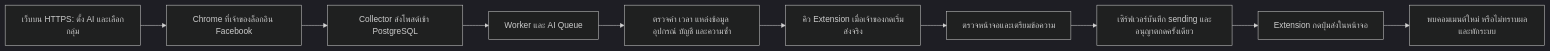
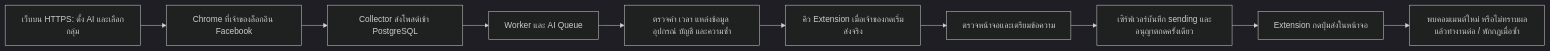
The diagram in docs/BROWSER-COMMENTS.th.md (ntpten-x/my-bot), drawn with Mermaid (dark theme) before and after one commit. The commit also changed other lines of this file and 16 other files, not shown here.

````diff
--- a/docs/BROWSER-COMMENTS.th.md
+++ b/docs/BROWSER-COMMENTS.th.md
@@ -11,12 +11,12 @@
 ```mermaid
 flowchart LR
   A[เว็บบน HTTPS: ตั้ง AI และเลือกกลุ่ม] --> B[Chrome ที่เจ้าของล็อกอิน Facebook]
   B --> C[Collector ส่งโพสต์เข้า PostgreSQL]
   C --> D[Worker และ AI Queue]
   D --> E[ตรวจคำ เวลา แหล่งข้อมูล อุปกรณ์ บัญชี และความซ้ำ]
   E --> H[คิว Extension เมื่อเจ้าของกดเริ่มส่งจริง]
   H --> I[ตรวจหน้าจอและเตรียมข้อความ]
   I --> J[เซิร์ฟเวอร์บันทึก sending และอนุญาตกดครั้งเดียว]
   J --> K[Extension กดปุ่มส่งในหน้าจอ]
-  K --> L[พบคอมเมนต์ใหม่ หรือไม่ทราบผลและพักระบบ]
+  K --> L[พบคอมเมนต์ใหม่ หรือไม่ทราบผลแล้วทำงานต่อ / พักกฎเมื่อซ้ำ]
 ```
````
